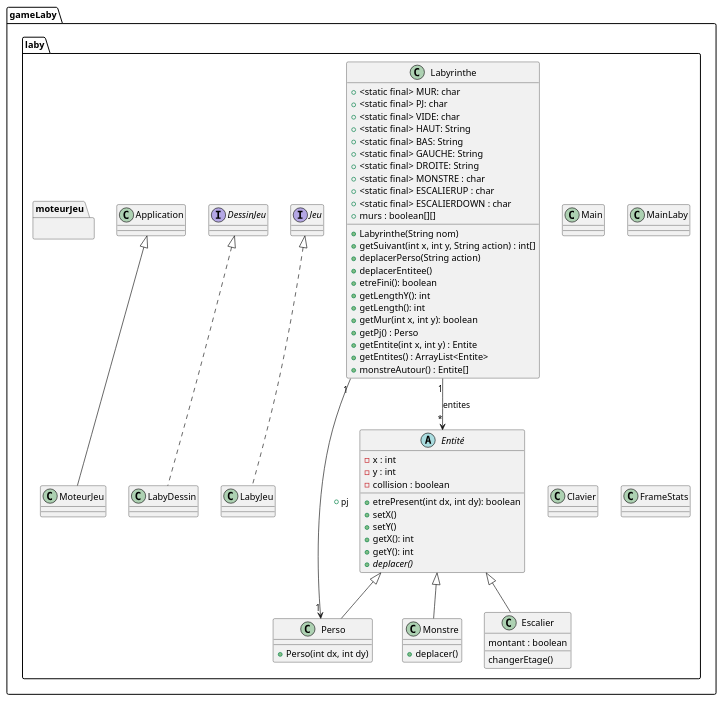
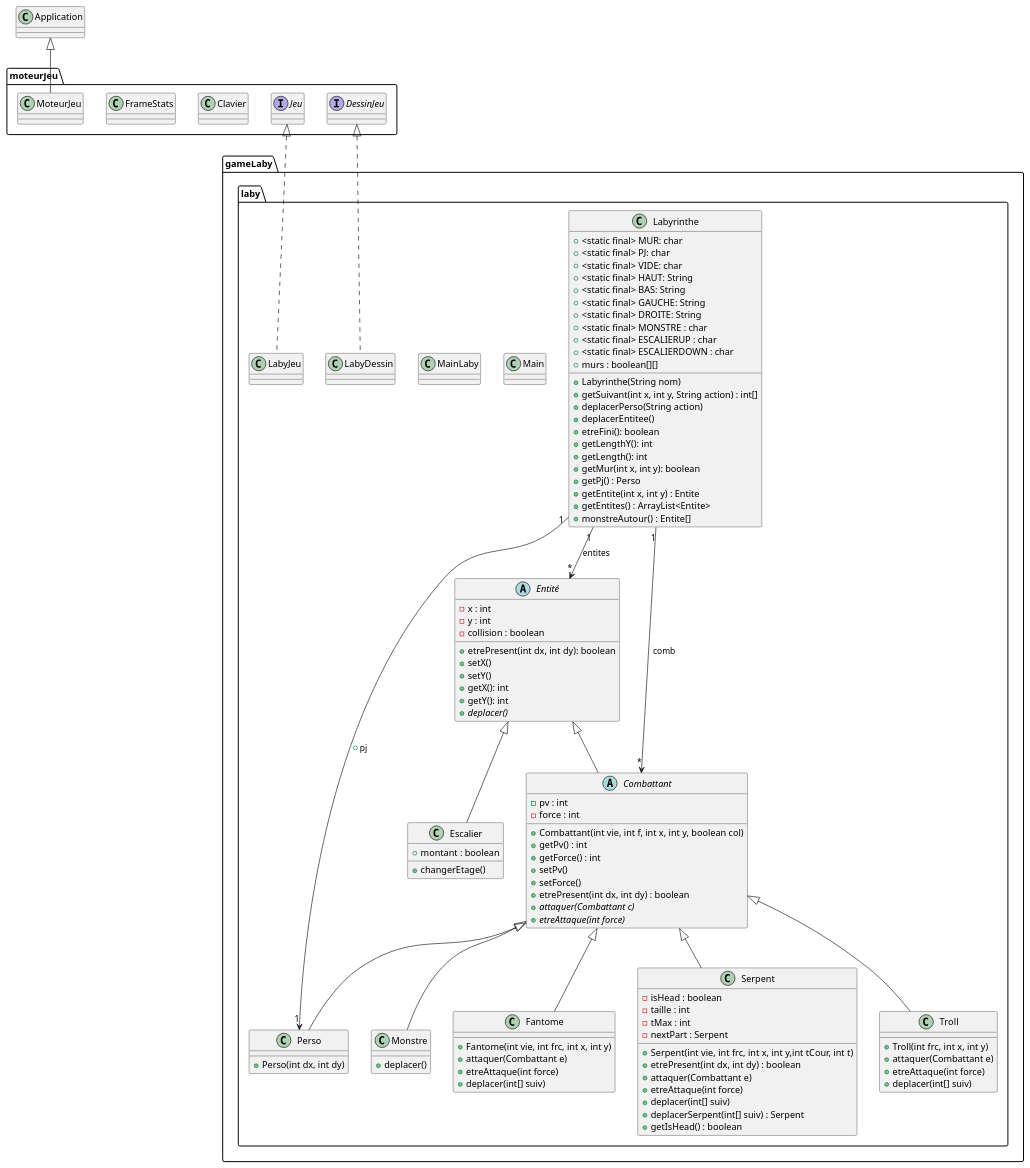
One commit to celie-ponroy/2023_S2.01_Zeldiablo_ponroy_roth_prykhodko_bortolotti changed the diagram in zeldiablo/documents/version_3/diagclass_laby.puml. Above: the diagram before and after it, drawn with PlantUML. The commit also changed 1 other file, not shown here.

Commit message:
changement diagramme de classe

```diff
--- a/zeldiablo/documents/version_3/diagclass_laby.puml
+++ b/zeldiablo/documents/version_3/diagclass_laby.puml
@@ -1,95 +1,146 @@
 @startuml
+
 package gameLaby.laby{
+
 class Labyrinthe{
 + <static final> MUR: char
 + <static final> PJ: char
 + <static final> VIDE: char
 + <static final> HAUT: String
 + <static final> BAS: String
 + <static final> GAUCHE: String
 + <static final> DROITE: String
 + <static final> MONSTRE : char
 + <static final> ESCALIERUP : char
 + <static final> ESCALIERDOWN : char
 + murs : boolean[][]
 + Labyrinthe(String nom)
 + getSuivant(int x, int y, String action) : int[]
 + deplacerPerso(String action)
 + deplacerEntitee()
 + etreFini(): boolean
 + getLengthY(): int
 + getLength(): int
 + getMur(int x, int y): boolean
 + getPj() : Perso
 + getEntite(int x, int y) : Entite
 + getEntites() : ArrayList<Entite>
 + monstreAutour() : Entite[]
 }
 
 
 class Main{
 }
 
 class MainLaby{
 }
 
 class Perso{
 +Perso(int dx, int dy)
 }
 
 Abstract class Entité{
 - x : int
 - y : int
 - collision : boolean
 + etrePresent(int dx, int dy): boolean
 +setX()
 +setY()
 +getX(): int
 +getY(): int
 +{abstract}deplacer()
 }
 
+Abstract class Combattant{
+- pv : int
+- force : int
++ Combattant(int vie, int f, int x, int y, boolean col)
++ getPv() : int
++ getForce() : int
++ setPv()
++ setForce()
++ etrePresent(int dx, int dy) : boolean
++ {abstract}attaquer(Combattant c)
++ {abstract}etreAttaque(int force)
+}
+
 class Monstre{
-+deplacer()
++ deplacer()
+}
+
+class Fantome{
++ Fantome(int vie, int frc, int x, int y)
++ attaquer(Combattant e)
++ etreAttaque(int force)
++ deplacer(int[] suiv)
+}
+
+class Serpent{
+- isHead : boolean
+- taille : int
+- tMax : int
+- nextPart : Serpent
++ Serpent(int vie, int frc, int x, int y,int tCour, int t)
++ etrePresent(int dx, int dy) : boolean
++ attaquer(Combattant e)
++ etreAttaque(int force)
++ deplacer(int[] suiv)
++ deplacerSerpent(int[] suiv) : Serpent
++ getIsHead() : boolean
+}
+
+class Troll{
++ Troll(int frc, int x, int y)
++ attaquer(Combattant e)
++ etreAttaque(int force)
++ deplacer(int[] suiv)
 }
 
 class Escalier{
-montant : boolean
-changerEtage()
++ montant : boolean
++ changerEtage()
 }
 
 class LabyJeu{
 }
 
 class LabyDessin{
 }
 
+}
+
 package moteurJeu{
-}
 
 interface Jeu{
 }
 
 interface DessinJeu{
 }
 
 class Clavier{
 }
 
 class FrameStats{
 }
 
 class MoteurJeu{
 }
 
+}
+
 Labyrinthe "1" --> "*" Entité : entites
+Labyrinthe "1" --> "*" Combattant : comb
 Labyrinthe "1" --> "1" Perso : + pj
 
-Entité <|-- Monstre
-Entité <|-- Perso
+Entité <|-- Combattant
+Combattant <|-- Monstre
+Combattant <|-- Perso
+Combattant <|-- Fantome
+Combattant <|-- Serpent
+Combattant <|-- Troll
 Entité <|-- Escalier
 Jeu <|.. LabyJeu
 DessinJeu <|.. LabyDessin
 Application <|-- MoteurJeu
 
 @enduml
```
